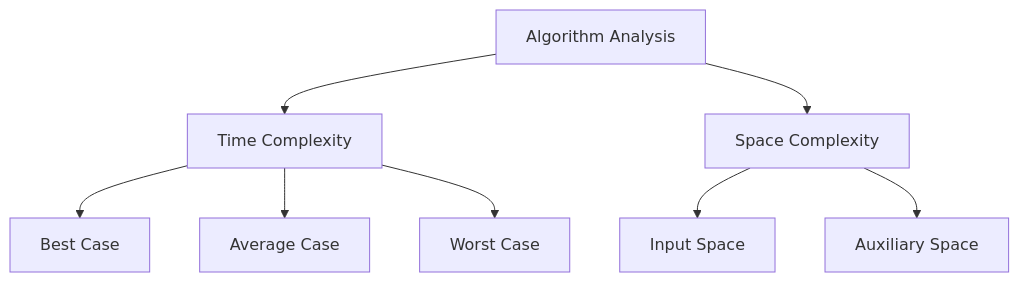
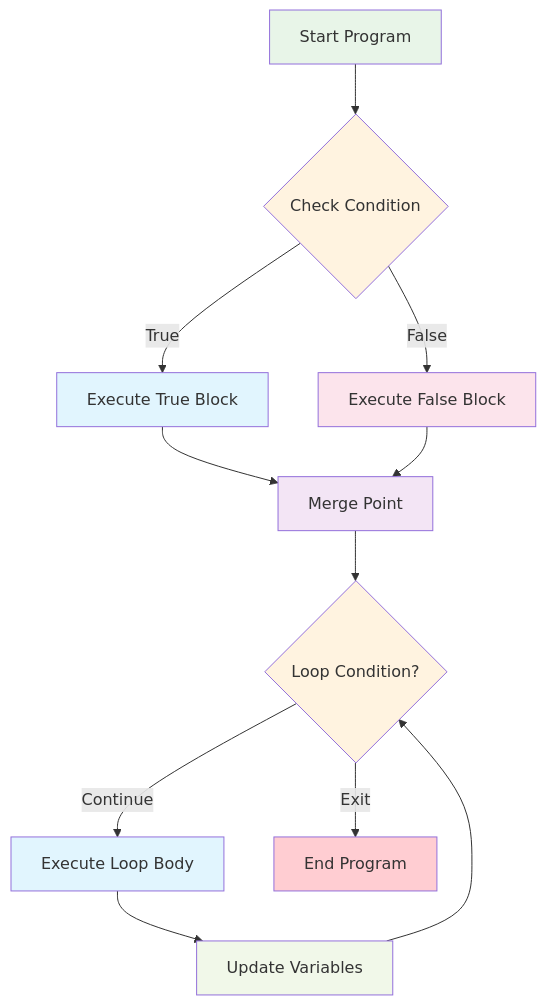
One commit to khieu-dv/vievlog changed the first of 3 diagrams in src/content/soft-skills/dsa/bai-1.mdx. Above: the diagram before and after it, drawn with Mermaid. The commit also changed other lines of this file and 2 other files, not shown here.

````diff
--- a/src/content/soft-skills/dsa/bai-1.mdx
+++ b/src/content/soft-skills/dsa/bai-1.mdx
@@ -348,10 +80,23 @@
 ```mermaid
-graph TD
-    A[Algorithm Analysis] --> B[Time Complexity]
-    A --> C[Space Complexity]
-    B --> D[Best Case]
-    B --> E[Average Case]
-    B --> F[Worst Case]
-    C --> G[Input Space]
-    C --> H[Auxiliary Space]
+flowchart TD
+    A[Start Program] --> B{Check Condition}
+    B -->|True| C[Execute True Block]
+    B -->|False| D[Execute False Block]
+    C --> E[Merge Point]
+    D --> E
+    E --> F{Loop Condition?}
+    F -->|Continue| G[Execute Loop Body]
+    G --> H[Update Variables]
+    H --> F
+    F -->|Exit| I[End Program]
+    
+    style A fill:#e8f5e8
+    style B fill:#fff3e0
+    style C fill:#e1f5fe
+    style D fill:#fce4ec
+    style E fill:#f3e5f5
+    style F fill:#fff3e0
+    style G fill:#e1f5fe
+    style H fill:#f1f8e9
+    style I fill:#ffcdd2
 ```
````
